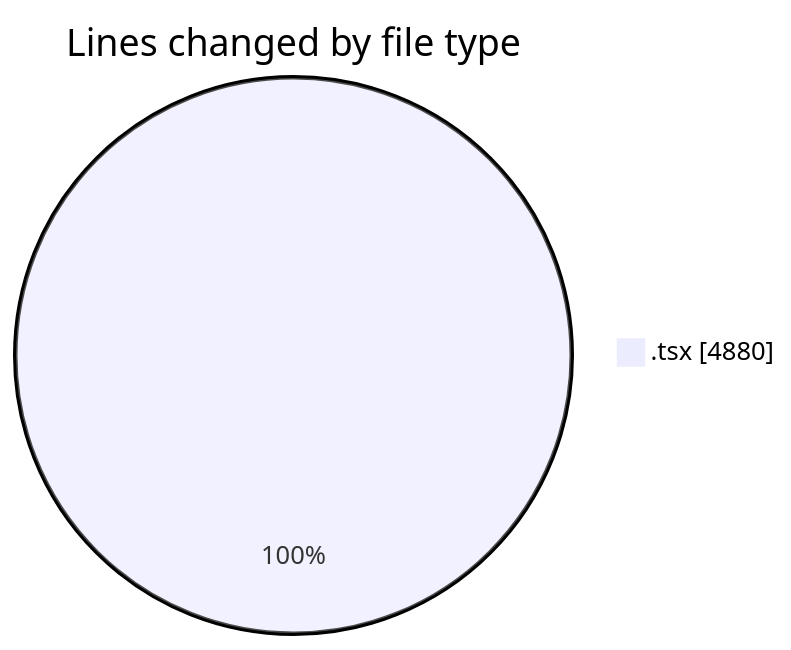
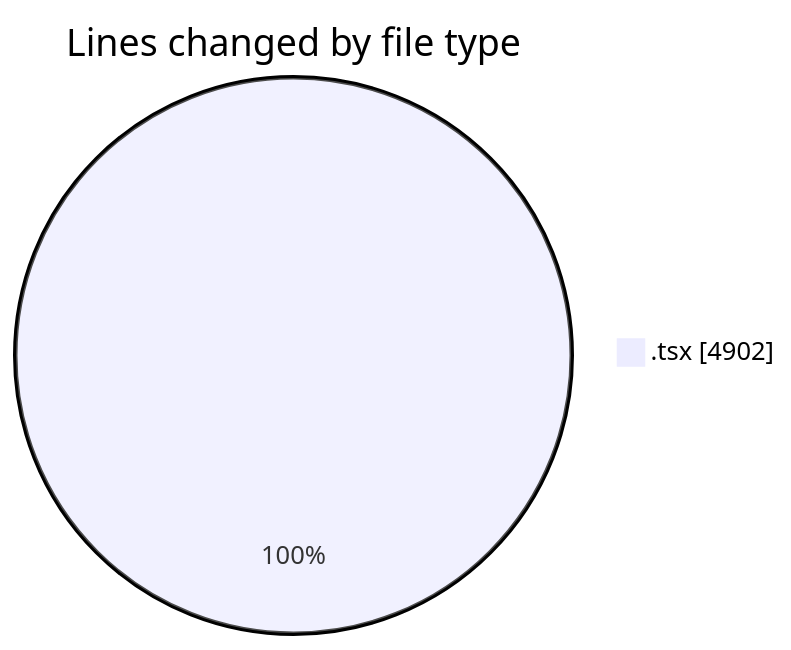
The first of 2 diagrams in 2026-07-13/nxtqube_webapp/README.md (nxtqubesakshisongat/code-tracking), drawn with Mermaid before and after one commit. The commit also changed other lines of this file and 1 other file, not shown here.

````diff
--- a/2026-07-13/nxtqube_webapp/README.md
+++ b/2026-07-13/nxtqube_webapp/README.md
@@ -34,5 +34,5 @@
 ```mermaid
 pie showData
 title Lines changed by file type
-".tsx" : 4880
+".tsx" : 4902
 ```
````
